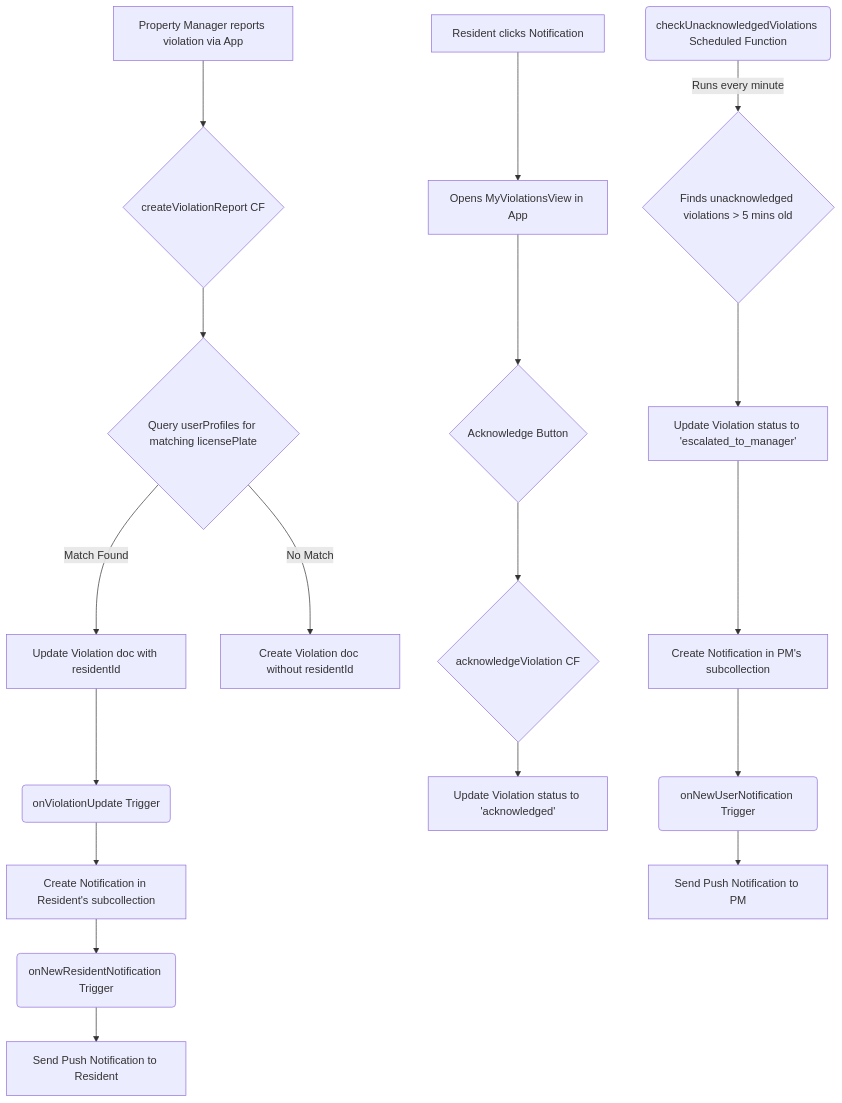
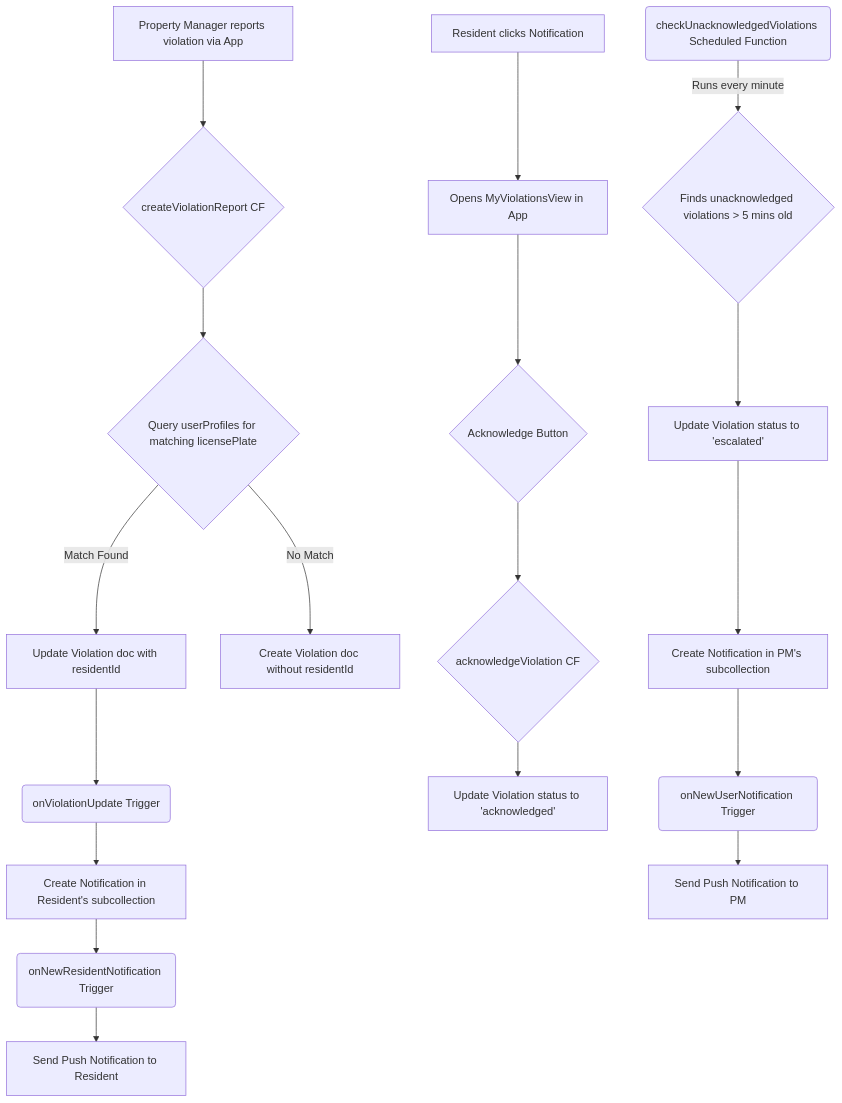
Before and after one commit to anthonycoffey/property-manager-pro: the diagram in docs/14-violation-notification-system.md, drawn with Mermaid. The commit also changed other lines of this file and 6 other files, not shown here.

````diff
--- a/docs/14-violation-notification-system.md
+++ b/docs/14-violation-notification-system.md
@@ -11,21 +11,21 @@
 ```mermaid
 graph TD
     A[Property Manager reports violation via App] --> B{createViolationReport CF};
     B --> C{Query userProfiles for matching licensePlate};
     C -- Match Found --> D[Update Violation doc with residentId];
     C -- No Match --> E[Create Violation doc without residentId];
     D --> F(onViolationUpdate Trigger);
     F --> G[Create Notification in Resident's subcollection];
     G --> H(onNewResidentNotification Trigger);
     H --> I[Send Push Notification to Resident];
     J[Resident clicks Notification] --> K[Opens MyViolationsView in App];
     K --> L{Acknowledge Button};
     L --> M{acknowledgeViolation CF};
     M --> N[Update Violation status to 'acknowledged'];
     O(checkUnacknowledgedViolations Scheduled Function);
     O -- Runs every minute --> P{Finds unacknowledged violations > 5 mins old};
-    P --> Q[Update Violation status to 'escalated_to_manager'];
+    P --> Q[Update Violation status to 'escalated'];
     Q --> R[Create Notification in PM's subcollection];
     R --> S(onNewUserNotification Trigger);
     S --> T[Send Push Notification to PM];
 ```
````
